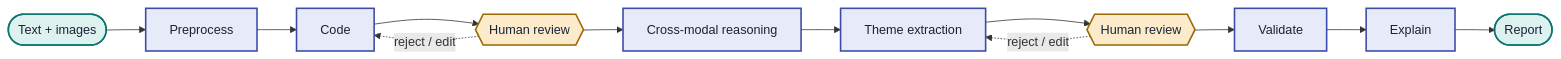
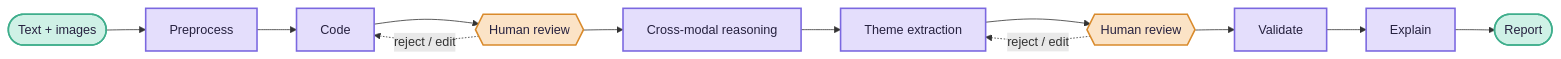
One commit to Mehrun-NisaRahman/Mehrun-NisaRahman changed the diagram in README.md. Above: the diagram before and after it, drawn with Mermaid. The commit also changed other lines of this file and 30 other files, not shown here.

````diff
--- a/README.md
+++ b/README.md
@@ -107,20 +107,20 @@
 ```mermaid
 flowchart LR
     D([Text + images]) --> P[Preprocess]
     P --> C[Code]
     C --> H1{{Human review}}
     H1 --> X[Cross-modal reasoning]
     X --> T[Theme extraction]
     T --> H2{{Human review}}
     H2 --> V[Validate]
     V --> E[Explain]
     E --> R([Report])
     H1 -.->|reject / edit| C
     H2 -.->|reject / edit| T
-    classDef agent fill:#E6EAF9,stroke:#3B4BA8,stroke-width:2px,color:#1B2236
-    classDef human fill:#FBEBCB,stroke:#9A6700,stroke-width:2px,color:#1B2236
-    classDef io fill:#DDF1EE,stroke:#0E7470,stroke-width:2px,color:#1B2236
+    classDef agent fill:#E4DEFC,stroke:#7B68E0,stroke-width:2px,color:#26213F
+    classDef human fill:#FBE3C6,stroke:#D98A2B,stroke-width:2px,color:#26213F
+    classDef io fill:#CFF1E6,stroke:#3FAE8C,stroke-width:2px,color:#26213F
     class P,C,X,T,V,E agent
     class H1,H2 human
     class D,R io
 ```
````
